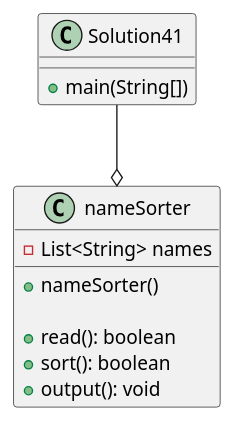
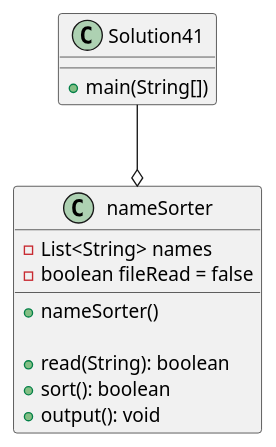
One commit to Cesar-Hernandez-1/hernandez-a04 changed the diagram in exercise41/docs/Solution41.puml. Above: the diagram before and after it, drawn with PlantUML. The commit also changed 7 other files, not shown here.

Commit message:
Updated code, comments, UML diagram, and test cases in exercise41

```diff
--- a/exercise41/docs/Solution41.puml
+++ b/exercise41/docs/Solution41.puml
@@ -1,23 +1,24 @@
 @startuml
 class Solution41{
     + main(String[])
     'nameSorter app = new nameSorter()
     'app.read()
     'app.sort()
     'app.output()
 }
 
 class nameSorter{
     'attributes
     - List<String> names
+    - boolean fileRead = false
 
     'methods
     + nameSorter()
 
-    + read(): boolean
+    + read(String): boolean
     + sort(): boolean
     + output(): void
 }
 
 Solution41 --o nameSorter
 @enduml
```
